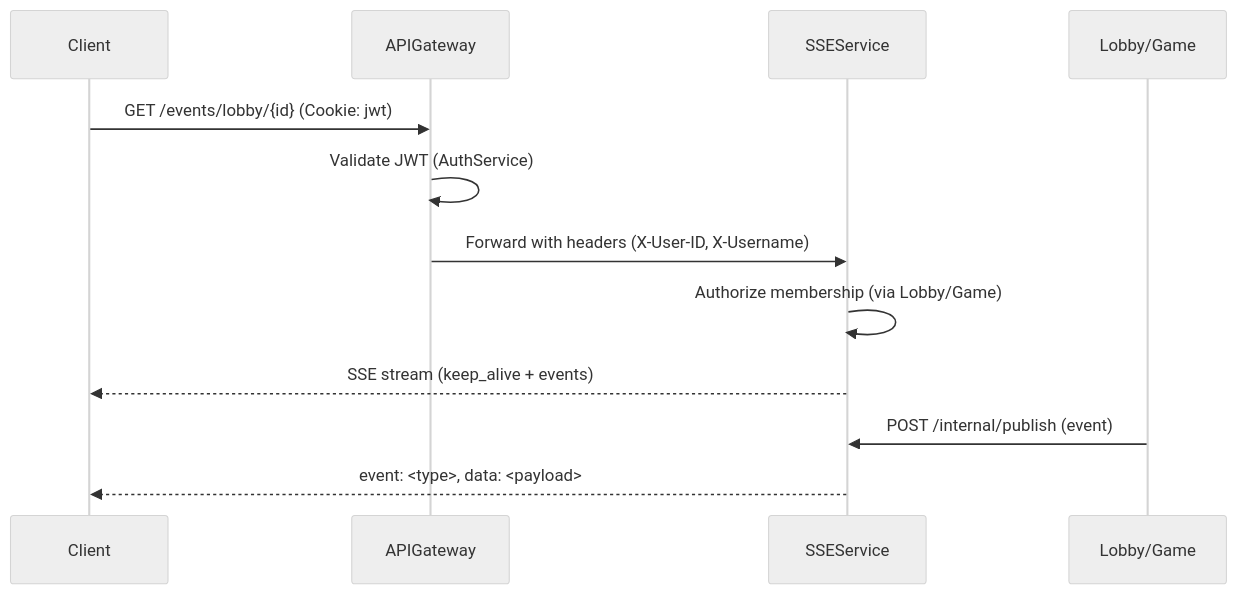
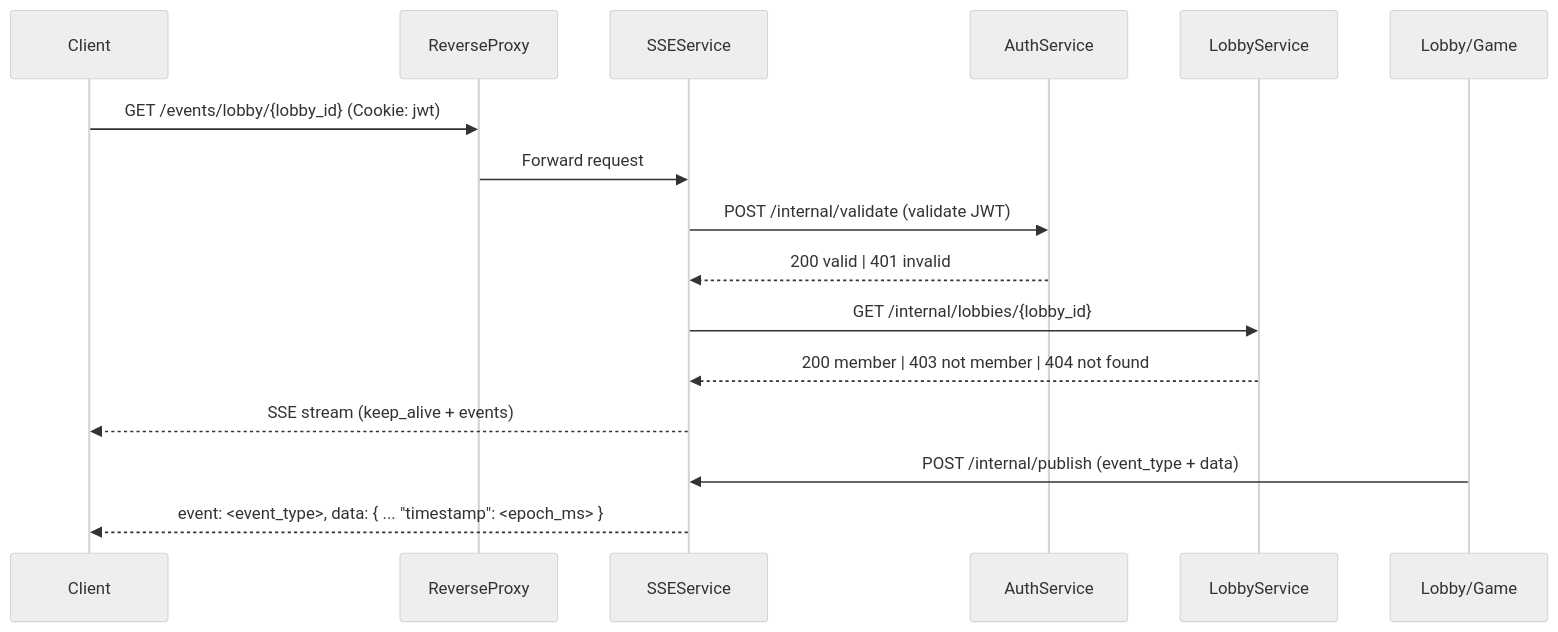
The second of 2 diagrams in backend/services/SSEService/README.md (KnuffelGame/KnuffelGame), drawn with Mermaid (neutral theme) before and after one commit. The commit also changed other lines of this file and 28 other files, not shown here.

````diff
--- a/backend/services/SSEService/README.md
+++ b/backend/services/SSEService/README.md
@@ -350,15 +362,19 @@
 ```mermaid
 sequenceDiagram
     participant Client
-    participant APIGateway
+    participant ReverseProxy
     participant SSEService
+    participant AuthService
+    participant LobbyService
     participant Lobby/Game
 
-    Client->>APIGateway: GET /events/lobby/{id} (Cookie: jwt)
-    APIGateway->>APIGateway: Validate JWT (AuthService)
-    APIGateway->>SSEService: Forward with headers (X-User-ID, X-Username)
-    SSEService->>SSEService: Authorize membership (via Lobby/Game)
+    Client->>ReverseProxy: GET /events/lobby/{lobby_id} (Cookie: jwt)
+    ReverseProxy->>SSEService: Forward request
+    SSEService->>AuthService: POST /internal/validate (validate JWT)
+    AuthService-->>SSEService: 200 valid | 401 invalid
+    SSEService->>LobbyService: GET /internal/lobbies/{lobby_id}
+    LobbyService-->>SSEService: 200 member | 403 not member | 404 not found
     SSEService-->>Client: SSE stream (keep_alive + events)
-    Lobby/Game->>SSEService: POST /internal/publish (event)
-    SSEService-->>Client: event: <type>, data: <payload>
+    Lobby/Game->>SSEService: POST /internal/publish (event_type + data)
+    SSEService-->>Client: event: <event_type>, data: { ... "timestamp": <epoch_ms> }
 ```
````
